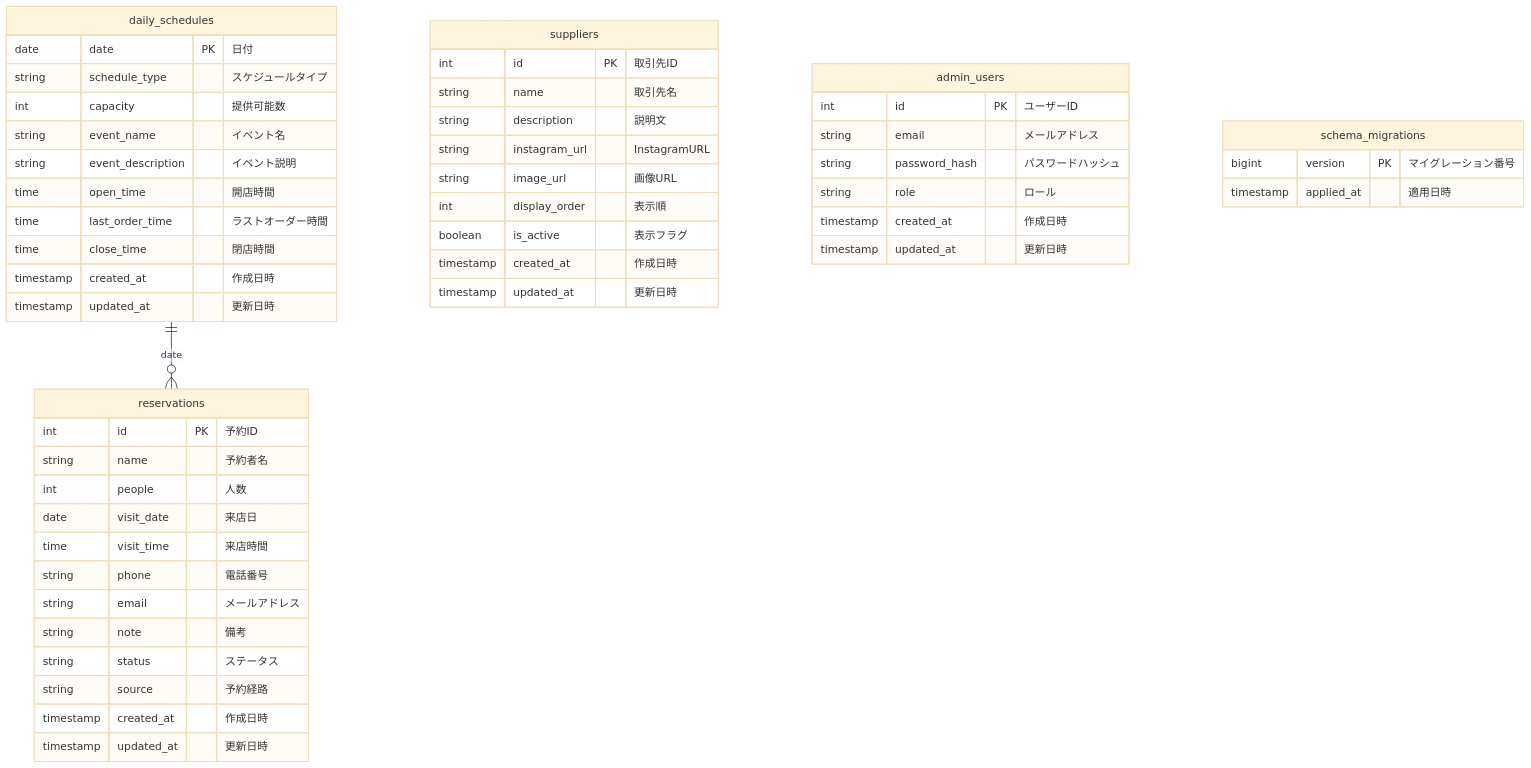
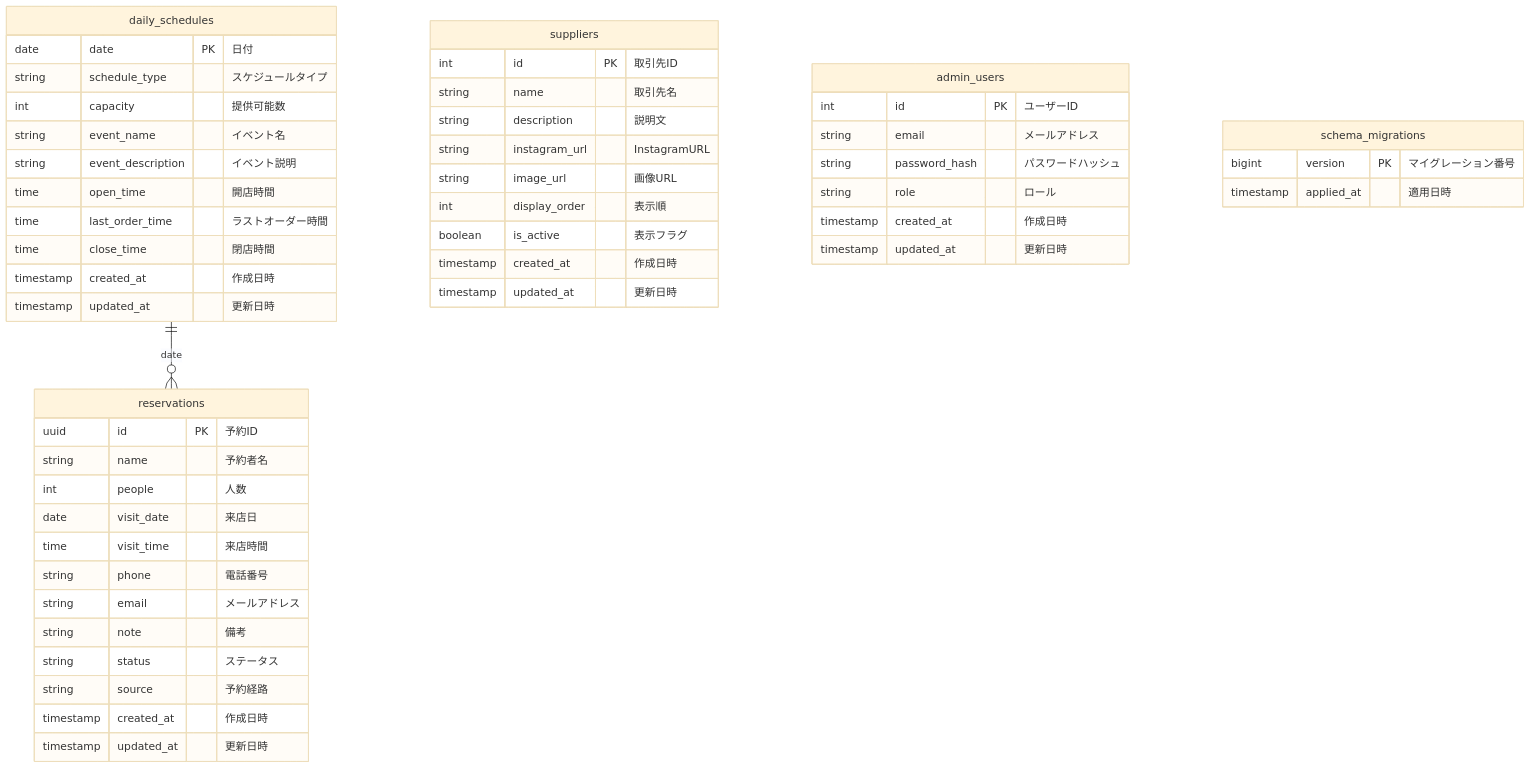
One commit to cergijame101007/satehits changed the first of 2 diagrams in docs/table_design.md. Above: the diagram before and after it, drawn with Mermaid (base theme). The commit also changed other lines of this file and 21 other files, not shown here.

````diff
--- a/docs/table_design.md
+++ b/docs/table_design.md
@@ -5,58 +5,58 @@
 ```mermaid
 erDiagram
     reservations {
-        int id PK "予約ID"
+        uuid id PK "予約ID"
         string name "予約者名"
         int people "人数"
         date visit_date "来店日"
         time visit_time "来店時間"
         string phone "電話番号"
         string email "メールアドレス"
         string note "備考"
         string status "ステータス"
         string source "予約経路"
         timestamp created_at "作成日時"
         timestamp updated_at "更新日時"
     }
 
     daily_schedules {
         date date PK "日付"
         string schedule_type "スケジュールタイプ"
         int capacity "提供可能数"
         string event_name "イベント名"
         string event_description "イベント説明"
         time open_time "開店時間"
         time last_order_time "ラストオーダー時間"
         time close_time "閉店時間"
         timestamp created_at "作成日時"
         timestamp updated_at "更新日時"
     }
 
     suppliers {
         int id PK "取引先ID"
         string name "取引先名"
         string description "説明文"
         string instagram_url "InstagramURL"
         string image_url "画像URL"
         int display_order "表示順"
         boolean is_active "表示フラグ"
         timestamp created_at "作成日時"
         timestamp updated_at "更新日時"
     }
 
     admin_users {
         int id PK "ユーザーID"
         string email "メールアドレス"
         string password_hash "パスワードハッシュ"
         string role "ロール"
         timestamp created_at "作成日時"
         timestamp updated_at "更新日時"
     }
 
     schema_migrations {
         bigint version PK "マイグレーション番号"
         timestamp applied_at "適用日時"
     }
 
     daily_schedules ||--o{ reservations : "date"
 ```
````
